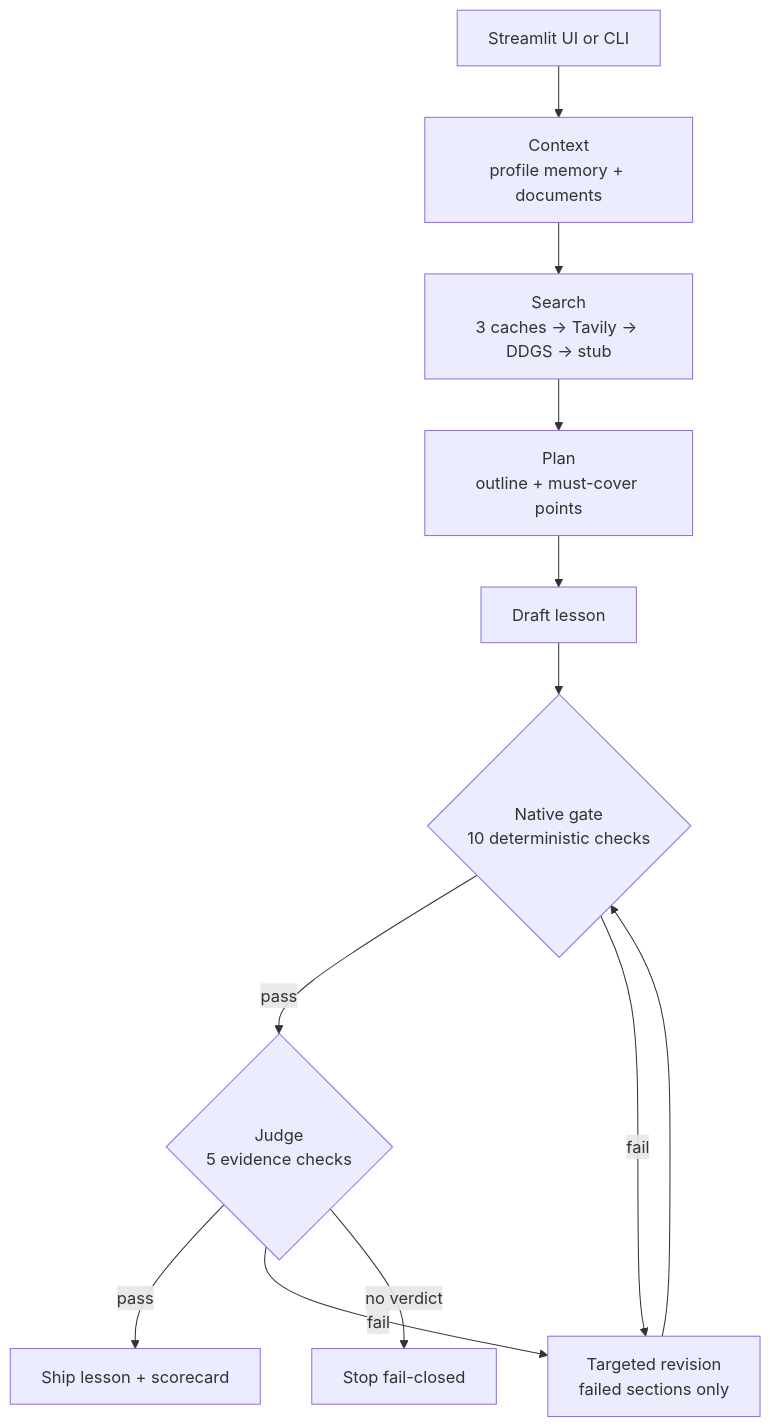
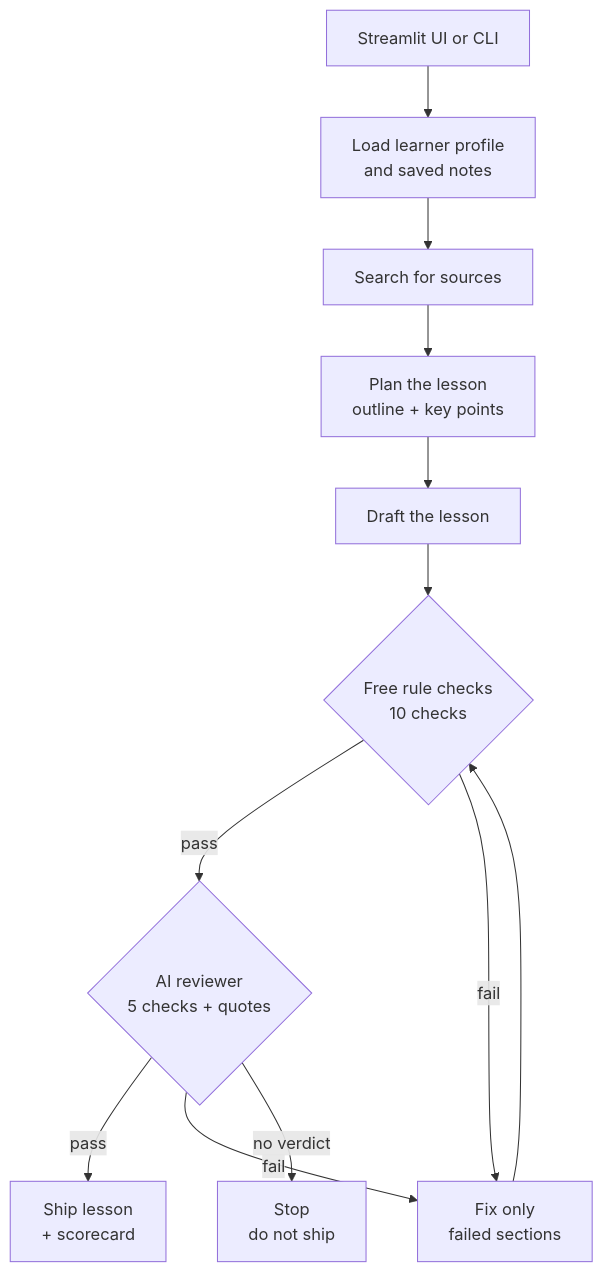
The first of 3 diagrams in README.md (okyashgajjar/vidya-loop), drawn with Mermaid before and after one commit. The commit also changed other lines of this file, not shown here.

````diff
--- a/README.md
+++ b/README.md
@@ -15,14 +54,14 @@
 ```mermaid
 flowchart TD
-    UI[Streamlit UI or CLI] --> CTX[Context<br/>profile memory + documents]
-    CTX --> SRC[Search<br/>3 caches → Tavily → DDGS → stub]
-    SRC --> PLAN[Plan<br/>outline + must-cover points]
-    PLAN --> DRAFT[Draft lesson]
-    DRAFT --> NATIVE{Native gate<br/>10 deterministic checks}
-    NATIVE -->|pass| JUDGE{Judge<br/>5 evidence checks}
-    NATIVE -->|fail| REVISE[Targeted revision<br/>failed sections only]
-    JUDGE -->|pass| SHIP[Ship lesson + scorecard]
+    UI[Streamlit UI or CLI] --> CTX[Load learner profile<br/>and saved notes]
+    CTX --> SRC[Search for sources]
+    SRC --> PLAN[Plan the lesson<br/>outline + key points]
+    PLAN --> DRAFT[Draft the lesson]
+    DRAFT --> NATIVE{Free rule checks<br/>10 checks}
+    NATIVE -->|pass| JUDGE{AI reviewer<br/>5 checks + quotes}
+    NATIVE -->|fail| REVISE[Fix only<br/>failed sections]
+    JUDGE -->|pass| SHIP[Ship lesson<br/>+ scorecard]
     JUDGE -->|fail| REVISE
     REVISE --> NATIVE
-    JUDGE -->|no verdict| STOP[Stop fail-closed]
+    JUDGE -->|no verdict| STOP[Stop<br/>do not ship]
 ```
````
